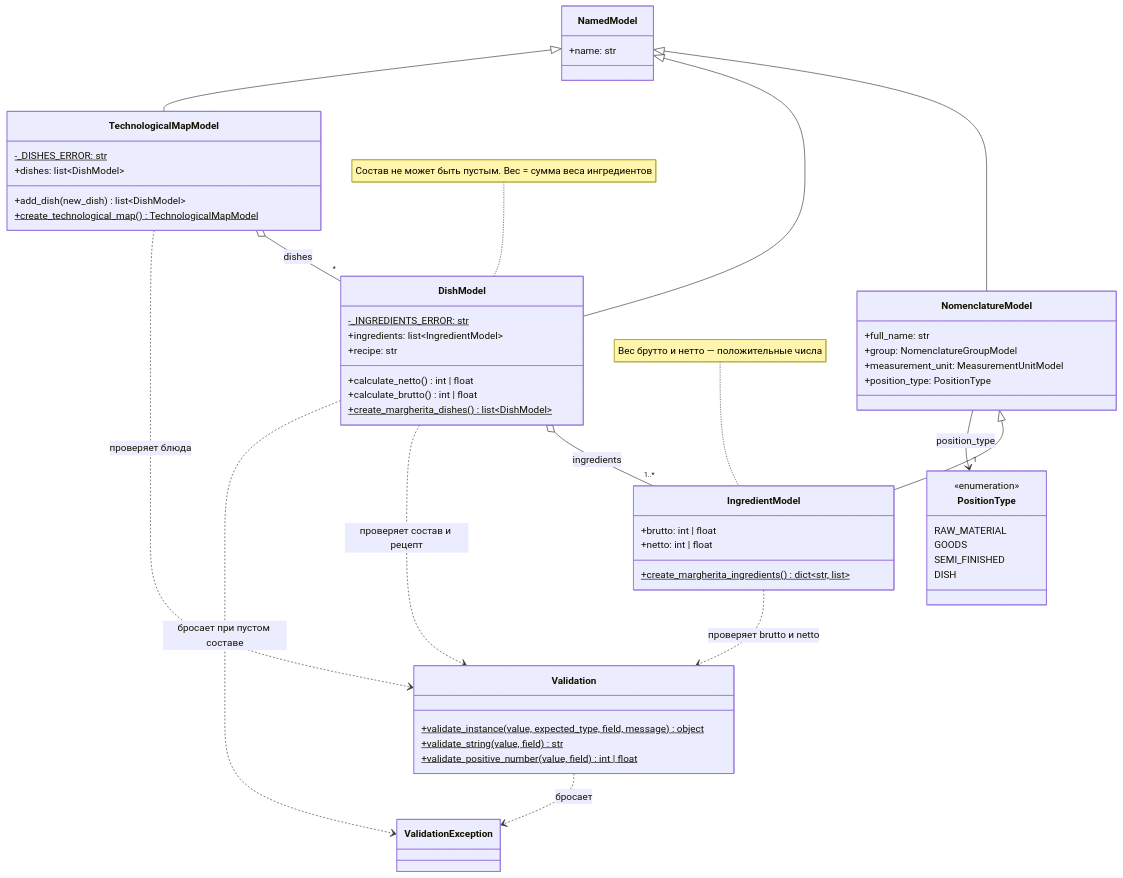
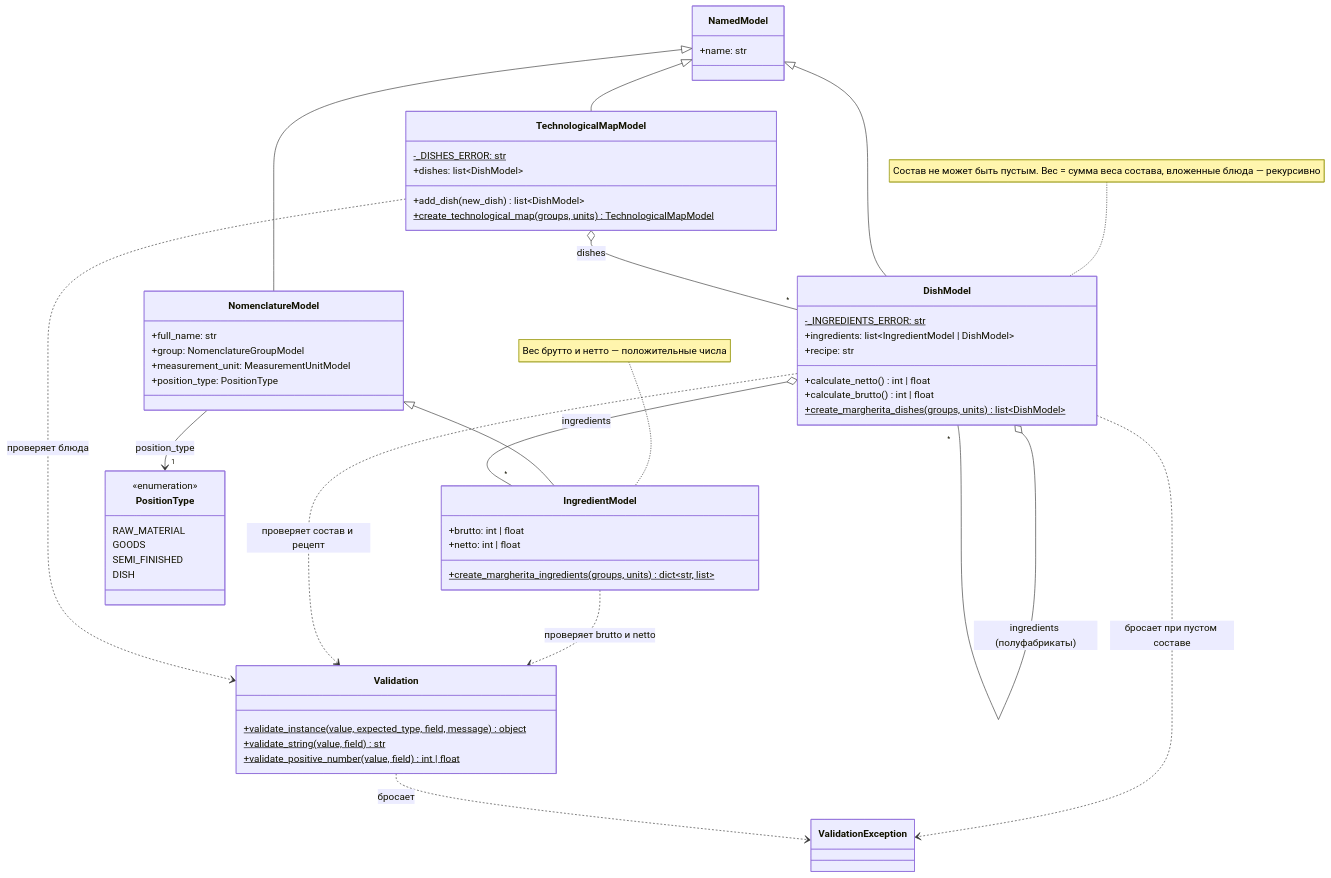
One commit to Dest1n640/Design-Patterns changed the first of 3 diagrams in _docs/uml/recipes.md. Above: the diagram before and after it, drawn with Mermaid. The commit also changed other lines of this file and 10 other files, not shown here.

````diff
--- a/_docs/uml/recipes.md
+++ b/_docs/uml/recipes.md
@@ -20,70 +26,71 @@
 ```mermaid
 classDiagram
     direction TB
 
     class NamedModel {
         +name: str
     }
 
     class NomenclatureModel {
         +full_name: str
         +group: NomenclatureGroupModel
         +measurement_unit: MeasurementUnitModel
         +position_type: PositionType
     }
 
     class IngredientModel {
         +brutto: int | float
         +netto: int | float
-        +create_margherita_ingredients()$ dict~str, list~
+        +create_margherita_ingredients(groups, units)$ dict~str, list~
     }
 
     note for IngredientModel "Вес брутто и нетто — положительные числа"
 
     class DishModel {
         -_INGREDIENTS_ERROR: str$
-        +ingredients: list~IngredientModel~
+        +ingredients: list~IngredientModel | DishModel~
         +recipe: str
         +calculate_netto() int | float
         +calculate_brutto() int | float
-        +create_margherita_dishes()$ list~DishModel~
+        +create_margherita_dishes(groups, units)$ list~DishModel~
     }
 
-    note for DishModel "Состав не может быть пустым. Вес = сумма веса ингредиентов"
+    note for DishModel "Состав не может быть пустым. Вес = сумма веса состава, вложенные блюда — рекурсивно"
 
     class TechnologicalMapModel {
         -_DISHES_ERROR: str$
         +dishes: list~DishModel~
         +add_dish(new_dish) list~DishModel~
-        +create_technological_map()$ TechnologicalMapModel
+        +create_technological_map(groups, units)$ TechnologicalMapModel
     }
 
     class PositionType {
         <<enumeration>>
         RAW_MATERIAL
         GOODS
         SEMI_FINISHED
         DISH
     }
 
     class Validation {
         +validate_instance(value, expected_type, field, message)$ object
         +validate_string(value, field)$ str
         +validate_positive_number(value, field)$ int | float
     }
 
     class ValidationException
 
     NamedModel <|-- NomenclatureModel
     NomenclatureModel <|-- IngredientModel
     NamedModel <|-- DishModel
     NamedModel <|-- TechnologicalMapModel
     NomenclatureModel --> "1" PositionType : position_type
     TechnologicalMapModel o-- "*" DishModel : dishes
-    DishModel o-- "1..*" IngredientModel : ingredients
+    DishModel o-- "*" IngredientModel : ingredients
+    DishModel o-- "*" DishModel : ingredients (полуфабрикаты)
     IngredientModel ..> Validation : проверяет brutto и netto
     DishModel ..> Validation : проверяет состав и рецепт
     TechnologicalMapModel ..> Validation : проверяет блюда
     DishModel ..> ValidationException : бросает при пустом составе
     Validation ..> ValidationException : бросает
 ```
````
